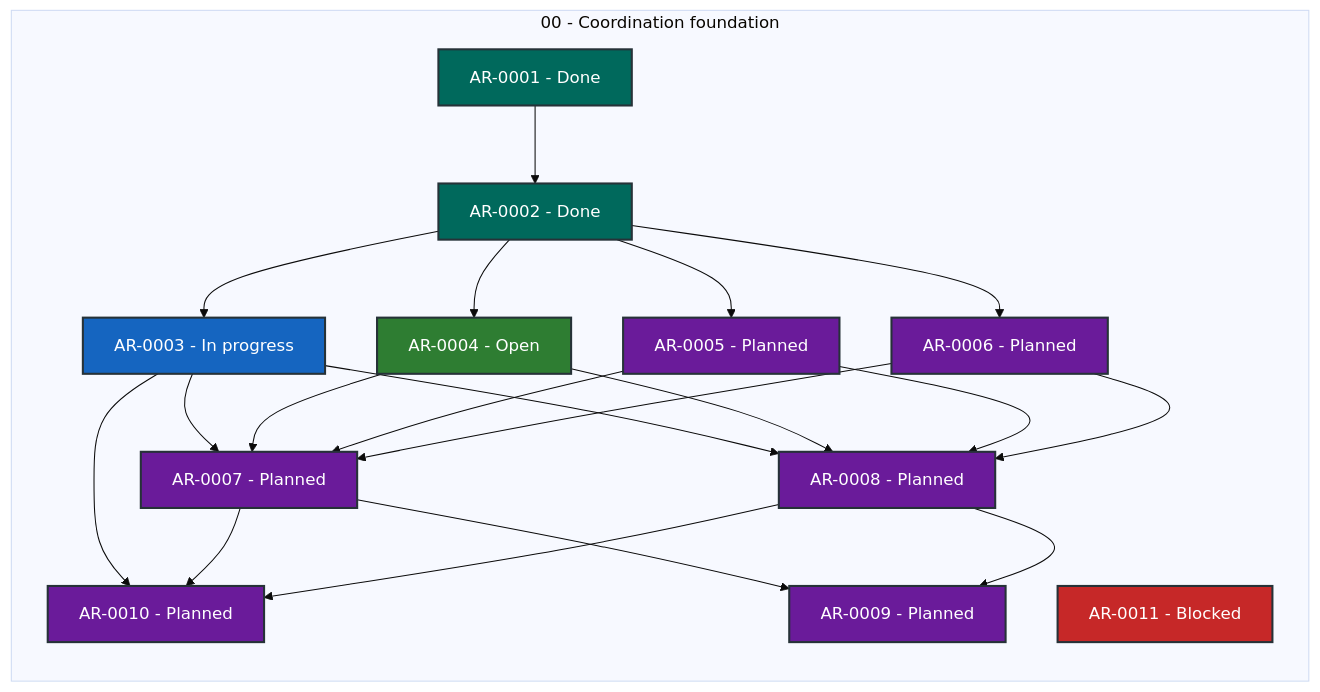
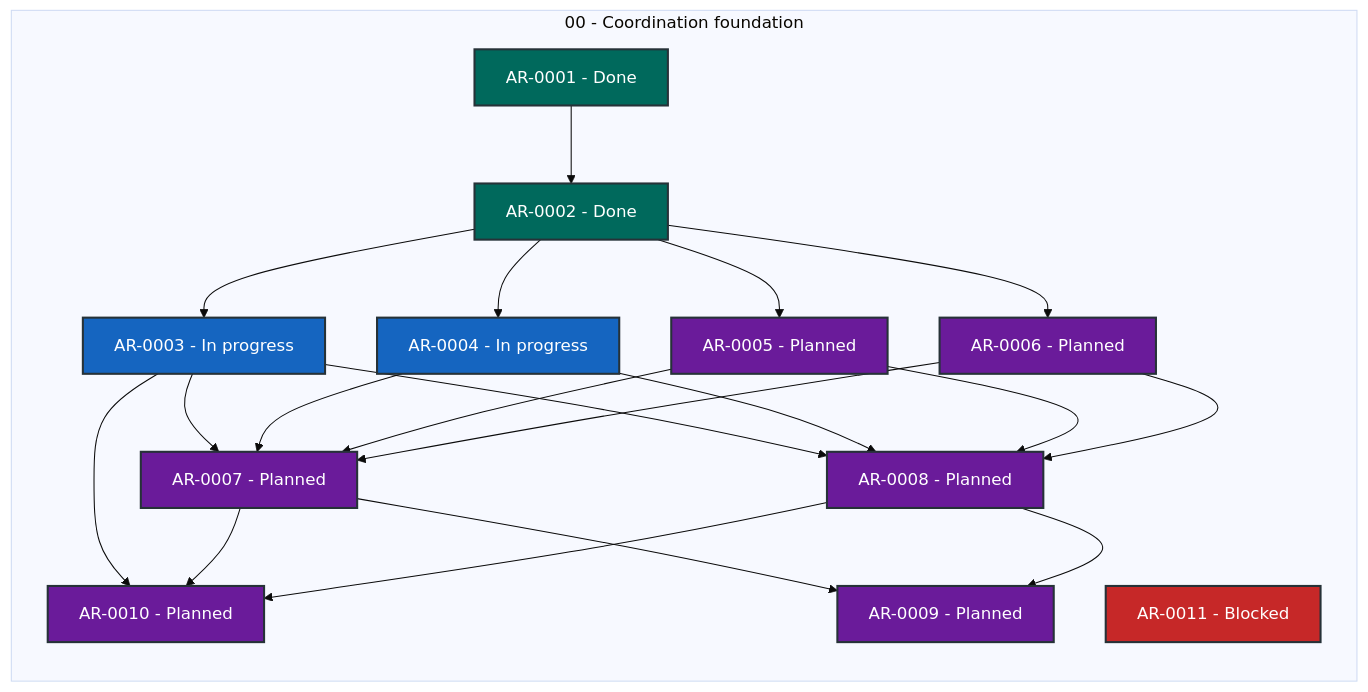
One commit to martin-beck/agent-workflow-coordinator-state changed the diagram in STATUS.md. Above: the diagram before and after it, drawn with Mermaid (base theme). The commit also changed other lines of this file and 2 other files, not shown here.

````diff
--- a/STATUS.md
+++ b/STATUS.md
@@ -27,43 +27,43 @@
 ```mermaid
 flowchart LR
     subgraph series_00["00 - Coordination foundation"]
         direction TB
         AR_0001["AR-0001 - Done"]:::status_done
         AR_0002["AR-0002 - Done"]:::status_done
         AR_0003["AR-0003 - In progress"]:::status_in_progress
-        AR_0004["AR-0004 - Open"]:::status_open
+        AR_0004["AR-0004 - In progress"]:::status_in_progress
         AR_0005["AR-0005 - Planned"]:::status_planned
         AR_0006["AR-0006 - Planned"]:::status_planned
         AR_0007["AR-0007 - Planned"]:::status_planned
         AR_0008["AR-0008 - Planned"]:::status_planned
         AR_0009["AR-0009 - Planned"]:::status_planned
         AR_0010["AR-0010 - Planned"]:::status_planned
         AR_0011["AR-0011 - Blocked"]:::status_blocked
     end
     AR_0001 --> AR_0002
     AR_0002 --> AR_0003
     AR_0002 --> AR_0004
     AR_0002 --> AR_0005
     AR_0002 --> AR_0006
     AR_0003 --> AR_0007
     AR_0003 --> AR_0008
     AR_0003 --> AR_0010
     AR_0004 --> AR_0007
     AR_0004 --> AR_0008
     AR_0005 --> AR_0007
     AR_0005 --> AR_0008
     AR_0006 --> AR_0007
     AR_0006 --> AR_0008
     AR_0007 --> AR_0009
     AR_0007 --> AR_0010
     AR_0008 --> AR_0009
     AR_0008 --> AR_0010
     classDef status_in_progress fill:#1565c0,color:#ffffff,stroke:#263238,stroke-width:2px
     classDef status_open fill:#2e7d32,color:#ffffff,stroke:#263238,stroke-width:2px
     classDef status_blocked fill:#c62828,color:#ffffff,stroke:#263238,stroke-width:2px
     classDef status_planned fill:#6a1b9a,color:#ffffff,stroke:#263238,stroke-width:2px
     classDef status_future fill:#455a64,color:#ffffff,stroke:#263238,stroke-width:2px
     classDef status_done fill:#00695c,color:#ffffff,stroke:#263238,stroke-width:2px
     classDef status_cancelled fill:#616161,color:#ffffff,stroke:#263238,stroke-width:2px
     classDef status_superseded fill:#5d4037,color:#ffffff,stroke:#263238,stroke-width:2px
 ```
````
